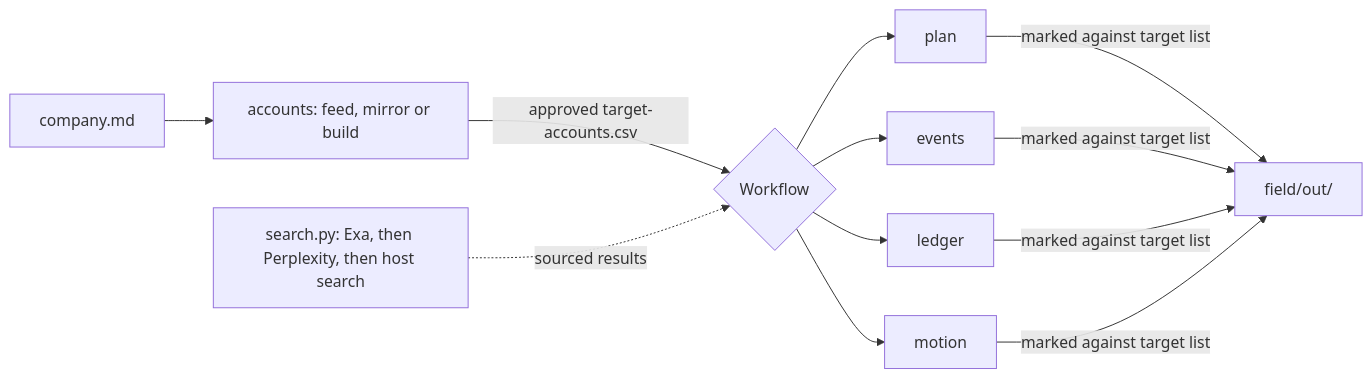
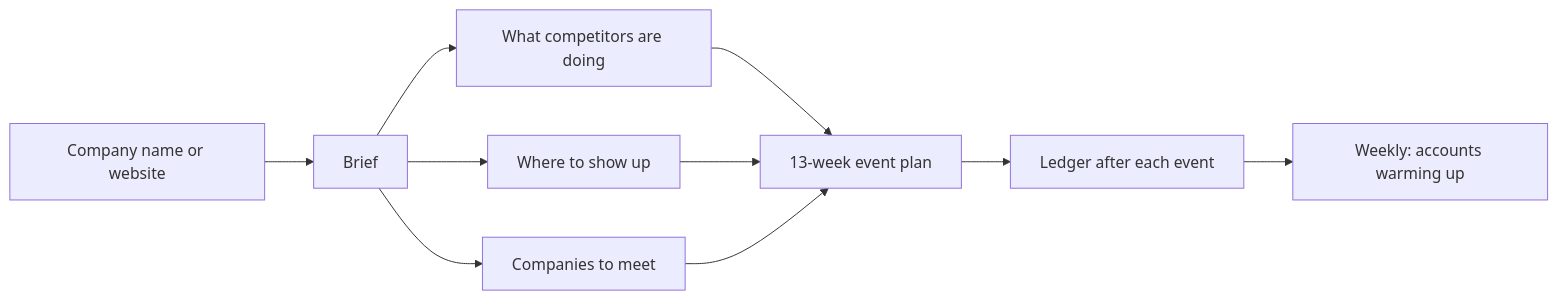
Before and after one commit to b1rdmania/field-kit: the diagram in README.md, drawn with Mermaid. The commit also changed other lines of this file and 12 other files, not shown here.

First line of the commit message:
Reframe: work out an event plan from a company name

````diff
--- a/README.md
+++ b/README.md
@@ -7,11 +23,10 @@
 ```mermaid
 flowchart LR
-    I[company.md] --> A[accounts: feed, mirror or build]
-    A -- approved target-accounts.csv --> B{Workflow}
-    B --> C[plan]
-    B --> E[events]
-    B --> G[ledger]
-    B --> H[motion]
-    S[search.py: Exa, then Perplexity, then host search] -. sourced results .-> B
-    C & E & G & H -- marked against target list --> O[field/out/]
+    A[Company name or website] --> B[Brief]
+    B --> C[What competitors are doing]
+    B --> D[Where to show up]
+    B --> E[Companies to meet]
+    C & D & E --> F[13-week event plan]
+    F --> G[Ledger after each event]
+    G --> H[Weekly: accounts warming up]
 ```
````
